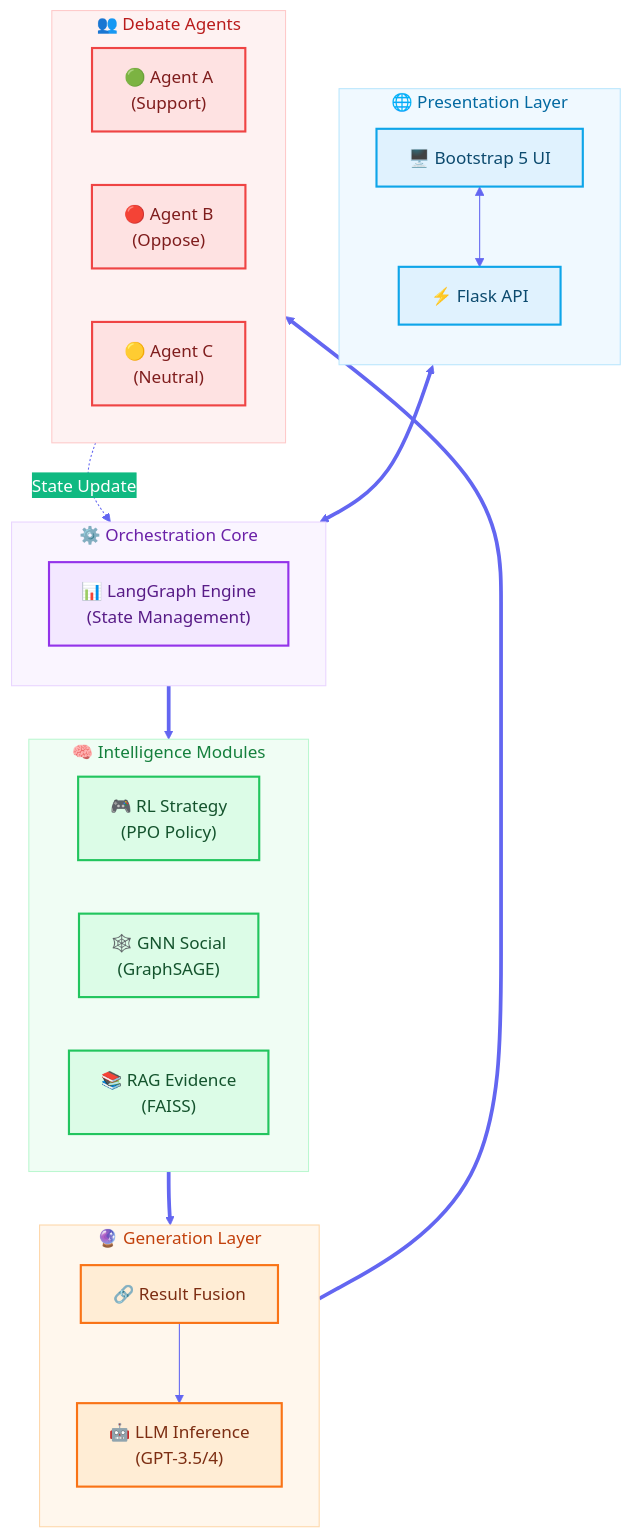
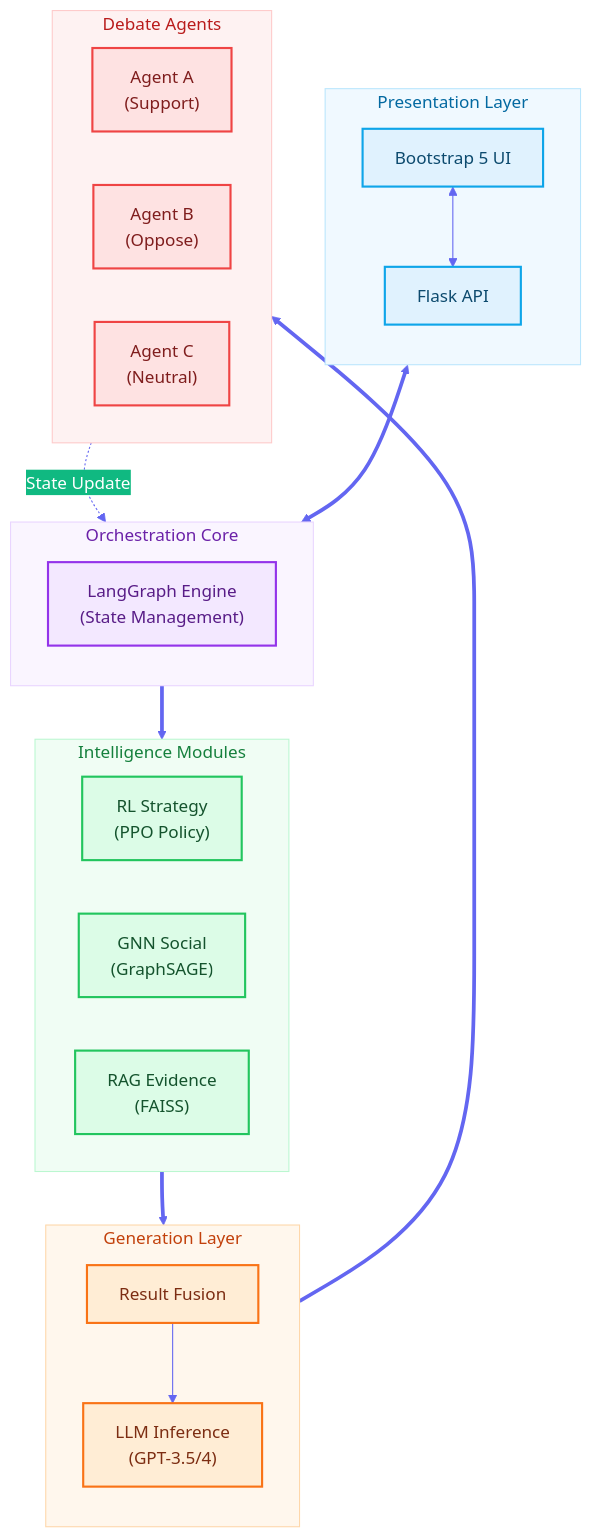
One commit to AluminumShark/Social-Debate-AI changed the first of 8 diagrams in README.md. Above: the diagram before and after it, drawn with Mermaid. The commit also changed other lines of this file and 32 other files, not shown here.

````diff
--- a/README.md
+++ b/README.md
@@ -41,57 +41,57 @@
 ```mermaid
 %%{init: {'theme': 'base', 'themeVariables': { 'primaryColor': '#4f46e5', 'primaryTextColor': '#fff', 'primaryBorderColor': '#4338ca', 'lineColor': '#6366f1', 'secondaryColor': '#10b981', 'tertiaryColor': '#f59e0b'}}}%%
 flowchart TB
     %% Nodes Configuration
     classDef web fill:#e0f2fe,stroke:#0ea5e9,stroke-width:2px,color:#0c4a6e;
     classDef orch fill:#f3e8ff,stroke:#9333ea,stroke-width:2px,color:#581c87;
     classDef brain fill:#dcfce7,stroke:#22c55e,stroke-width:2px,color:#14532d;
     classDef gen fill:#ffedd5,stroke:#f97316,stroke-width:2px,color:#7c2d12;
     classDef agent fill:#fee2e2,stroke:#ef4444,stroke-width:2px,color:#7f1d1d;
 
-    subgraph Presentation["🌐 Presentation Layer"]
+    subgraph Presentation[" Presentation Layer"]
         direction TB
-        UI["🖥️ Bootstrap 5 UI"]:::web
-        API["⚡ Flask API"]:::web
+        UI[" Bootstrap 5 UI"]:::web
+        API[" Flask API"]:::web
         UI <--> API
     end
 
-    subgraph Core["⚙️ Orchestration Core"]
+    subgraph Core[" Orchestration Core"]
         direction TB
-        LG["📊 LangGraph Engine<br/>(State Management)"]:::orch
+        LG[" LangGraph Engine<br/>(State Management)"]:::orch
     end
 
-    subgraph Intelligence["🧠 Intelligence Modules"]
+    subgraph Intelligence[" Intelligence Modules"]
         direction LR
-        RL["🎮 RL Strategy<br/>(PPO Policy)"]:::brain
-        GNN["🕸️ GNN Social<br/>(GraphSAGE)"]:::brain
-        RAG["📚 RAG Evidence<br/>(FAISS)"]:::brain
+        RL[" RL Strategy<br/>(PPO Policy)"]:::brain
+        GNN[" GNN Social<br/>(GraphSAGE)"]:::brain
+        RAG[" RAG Evidence<br/>(FAISS)"]:::brain
     end
 
-    subgraph Generation["🔮 Generation Layer"]
+    subgraph Generation[" Generation Layer"]
         direction TB
-        Fusion["🔗 Result Fusion"]:::gen
-        LLM["🤖 LLM Inference<br/>(GPT-3.5/4)"]:::gen
+        Fusion[" Result Fusion"]:::gen
+        LLM[" LLM Inference<br/>(GPT-3.5/4)"]:::gen
         Fusion --> LLM
     end
 
-    subgraph Agents["👥 Debate Agents"]
+    subgraph Agents[" Debate Agents"]
         direction LR
-        A1["🟢 Agent A<br/>(Support)"]:::agent
-        A2["🔴 Agent B<br/>(Oppose)"]:::agent
-        A3["🟡 Agent C<br/>(Neutral)"]:::agent
+        A1[" Agent A<br/>(Support)"]:::agent
+        A2[" Agent B<br/>(Oppose)"]:::agent
+        A3[" Agent C<br/>(Neutral)"]:::agent
     end
 
     %% Data Flow Connections
     API <==> LG
     LG ==> Intelligence
     Intelligence ==> Fusion
     LLM ==> Agents
     Agents -.->|"State Update"| LG
 
     %% Styling
     style Presentation fill:#f0f9ff,stroke:#bae6fd,color:#0369a1
     style Core fill:#faf5ff,stroke:#e9d5ff,color:#6b21a8
     style Intelligence fill:#f0fdf4,stroke:#bbf7d0,color:#15803d
     style Generation fill:#fff7ed,stroke:#fed7aa,color:#c2410c
     style Agents fill:#fef2f2,stroke:#fecaca,color:#b91c1c
 ```
````
